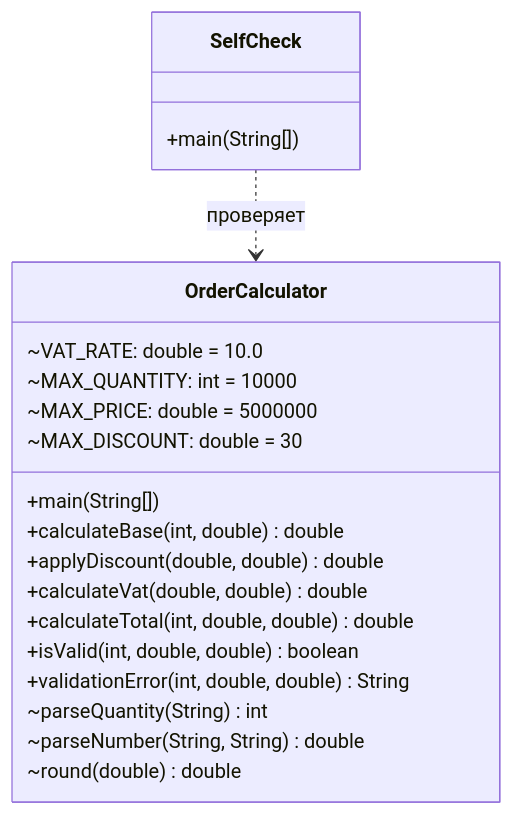
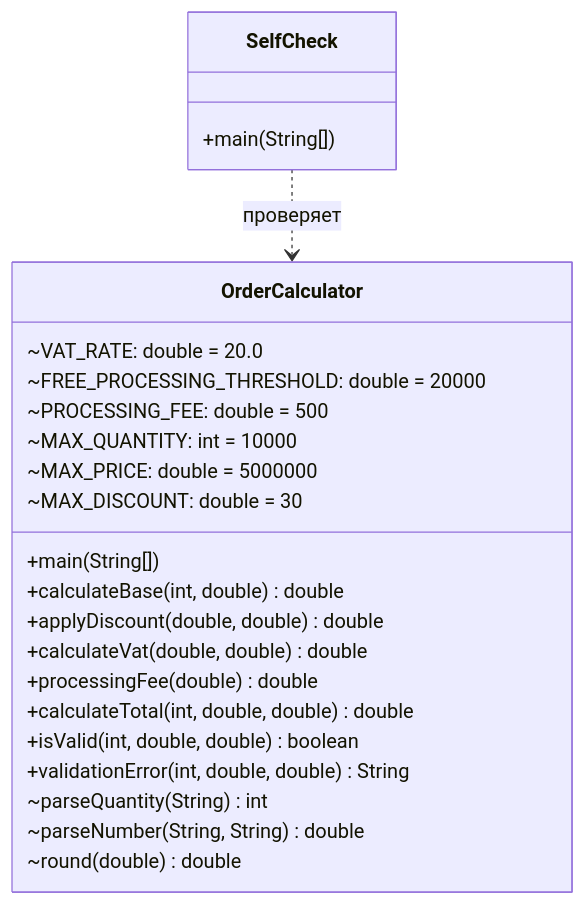
The second of 2 diagrams in pr03-04/README.md (f1shi/java-practice), drawn with Mermaid before and after one commit. The commit also changed other lines of this file and 68 other files, not shown here.

````diff
--- a/pr03-04/README.md
+++ b/pr03-04/README.md
@@ -33,23 +35,26 @@
 ```mermaid
 classDiagram
     class OrderCalculator {
-        ~VAT_RATE: double = 10.0
+        ~VAT_RATE: double = 20.0
+        ~FREE_PROCESSING_THRESHOLD: double = 20000
+        ~PROCESSING_FEE: double = 500
         ~MAX_QUANTITY: int = 10000
         ~MAX_PRICE: double = 5000000
         ~MAX_DISCOUNT: double = 30
         +main(String[])
         +calculateBase(int, double) double
         +applyDiscount(double, double) double
         +calculateVat(double, double) double
+        +processingFee(double) double
         +calculateTotal(int, double, double) double
         +isValid(int, double, double) boolean
         +validationError(int, double, double) String
         ~parseQuantity(String) int
         ~parseNumber(String, String) double
         ~round(double) double
     }
     class SelfCheck {
         +main(String[])
     }
     SelfCheck ..> OrderCalculator : проверяет
 ```
````
